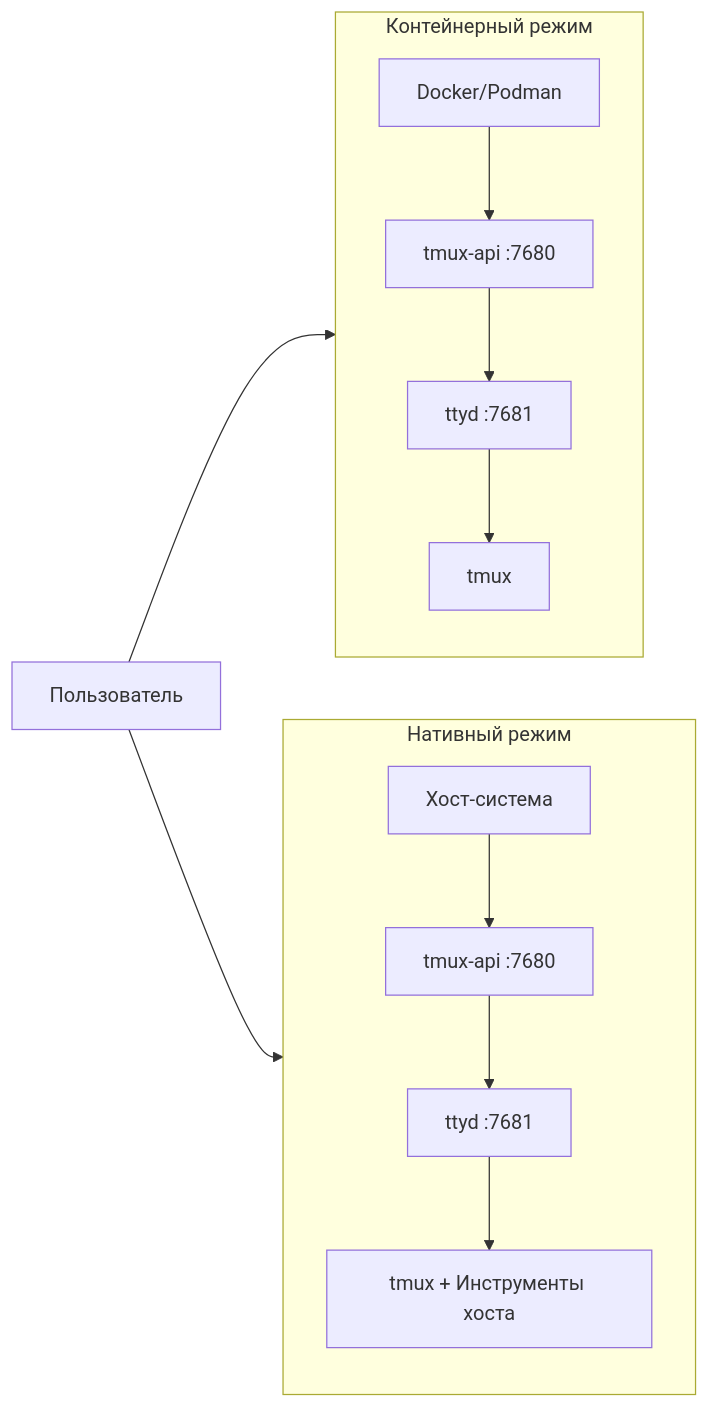
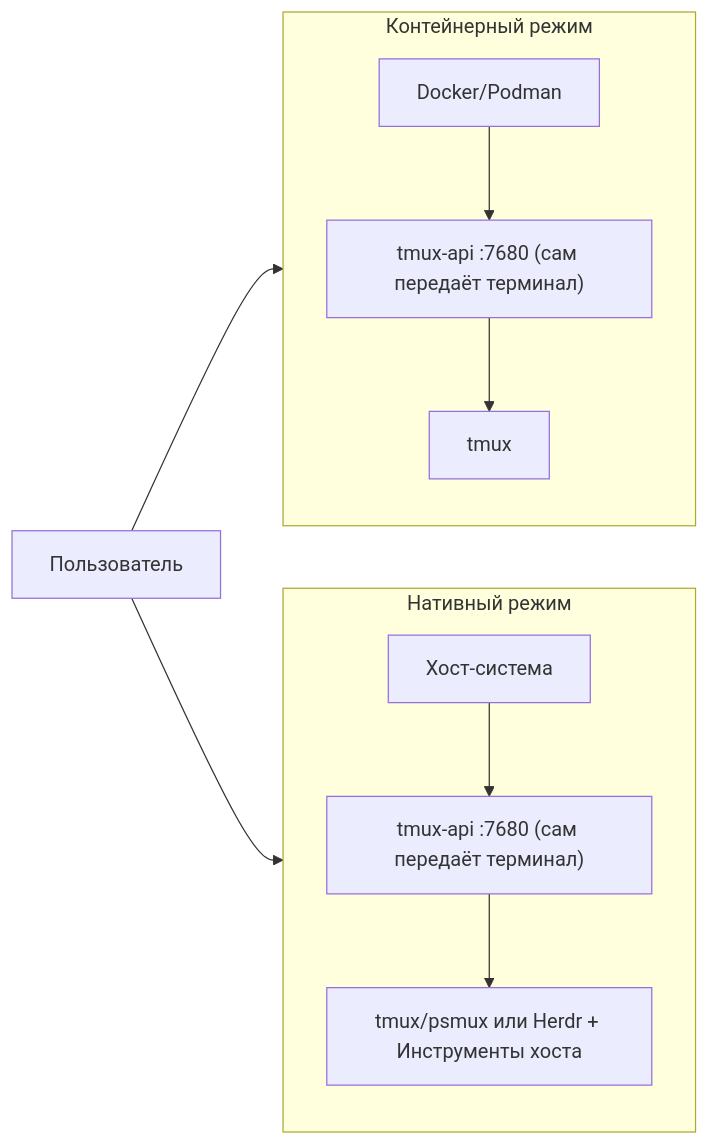
One commit to lamngockhuong/termote changed the second of 2 diagrams in README.ru.md. Above: the diagram before and after it, drawn with Mermaid. The commit also changed other lines of this file and 16 other files, not shown here.

````diff
--- a/README.ru.md
+++ b/README.ru.md
@@ -219,14 +224,14 @@
 ```mermaid
 flowchart LR
     subgraph Container["Контейнерный режим"]
         direction TB
-        C1["Docker/Podman"] --> C2["tmux-api :7680"] --> C3["ttyd :7681"] --> C4["tmux"]
+        C1["Docker/Podman"] --> C2["tmux-api :7680 (сам передаёт терминал)"] --> C3["tmux"]
     end
 
     subgraph Native["Нативный режим"]
         direction TB
-        N1["Хост-система"] --> N2["tmux-api :7680"] --> N3["ttyd :7681"] --> N4["tmux + Инструменты хоста"]
+        N1["Хост-система"] --> N2["tmux-api :7680 (сам передаёт терминал)"] --> N3["tmux/psmux или Herdr + Инструменты хоста"]
     end
 
     User["Пользователь"] --> Container & Native
 ```
````
